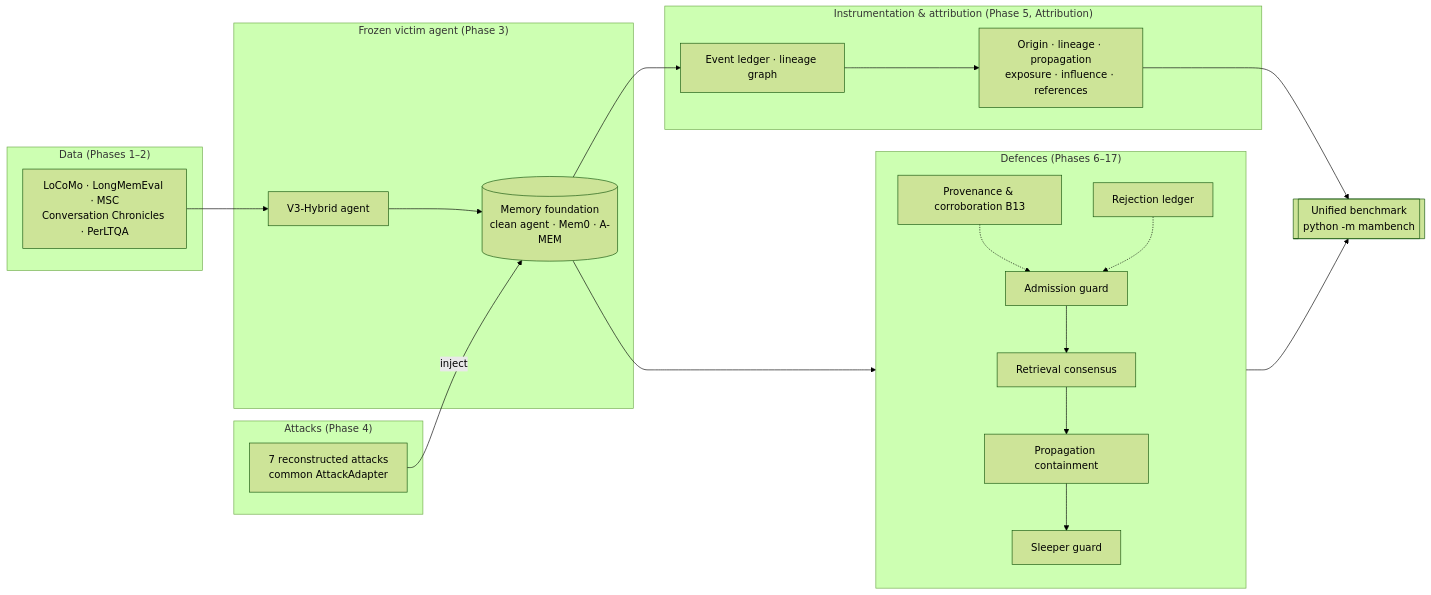
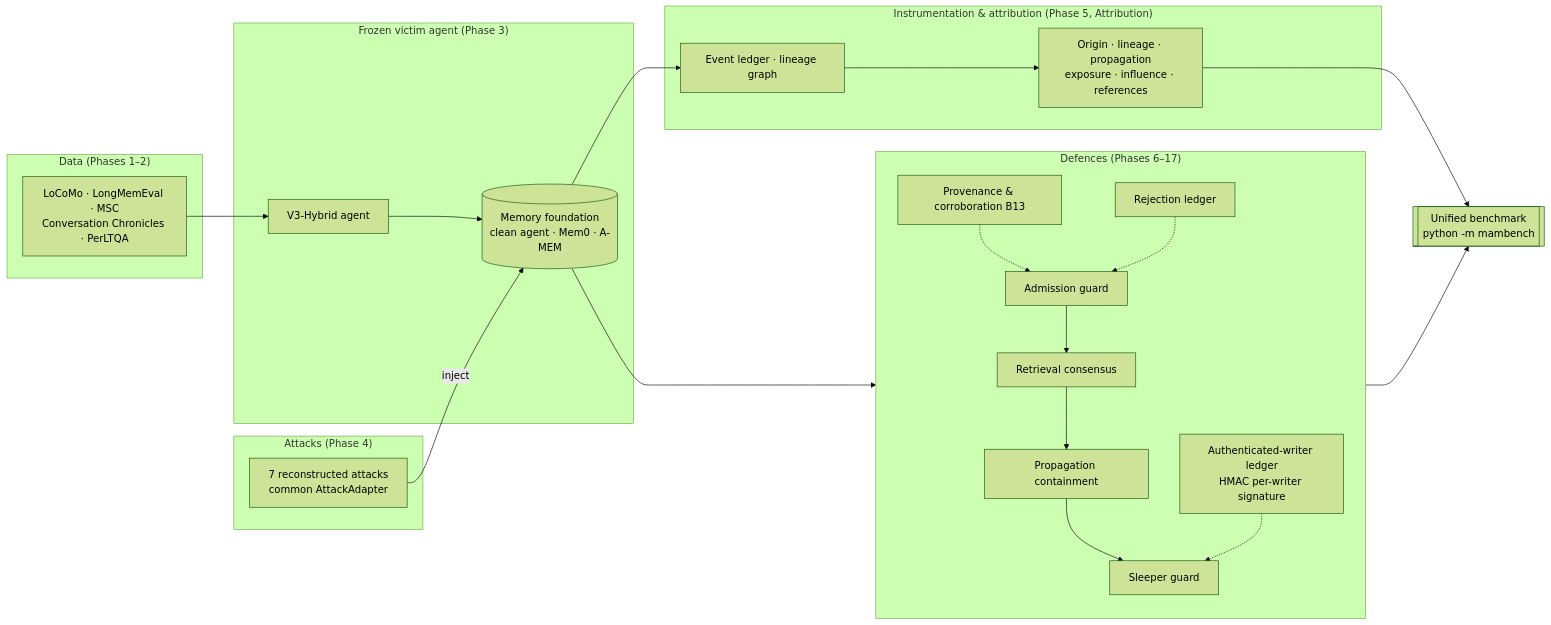
The first of 4 diagrams in README.md (NaishaShetty/Agent-Memory-Poisoning), drawn with Mermaid (forest theme) before and after one commit. The commit also changed other lines of this file and 1384 other files, not shown here.

````diff
--- a/README.md
+++ b/README.md
@@ -23,26 +23,27 @@
 ```mermaid
 flowchart LR
     subgraph Data["Data (Phases 1–2)"]
         D1[LoCoMo · LongMemEval · MSC<br/>Conversation Chronicles · PerLTQA]
     end
     subgraph Victim["Frozen victim agent (Phase 3)"]
         V1[V3-Hybrid agent] --> V2[(Memory foundation<br/>clean agent · Mem0 · A-MEM)]
     end
     subgraph Attacks["Attacks (Phase 4)"]
         A1[7 reconstructed attacks<br/>common AttackAdapter]
     end
     subgraph Observe["Instrumentation & attribution (Phase 5, Attribution)"]
         O1[Event ledger · lineage graph] --> O2[Origin · lineage · propagation<br/>exposure · influence · references]
     end
     subgraph Defend["Defences (Phases 6–17)"]
         G1[Admission guard] --> G2[Retrieval consensus] --> G3[Propagation containment] --> G4[Sleeper guard]
         G5[Provenance & corroboration B13] -.-> G1
         G6[Rejection ledger] -.-> G1
+        G7[Authenticated-writer ledger<br/>HMAC per-writer signature] -.-> G4
     end
     D1 --> V1
     A1 -->|inject| V2
     V2 --> O1
     V2 --> Defend
     Defend --> B[[Unified benchmark<br/>python -m mambench]]
     O2 --> B
 ```
````
